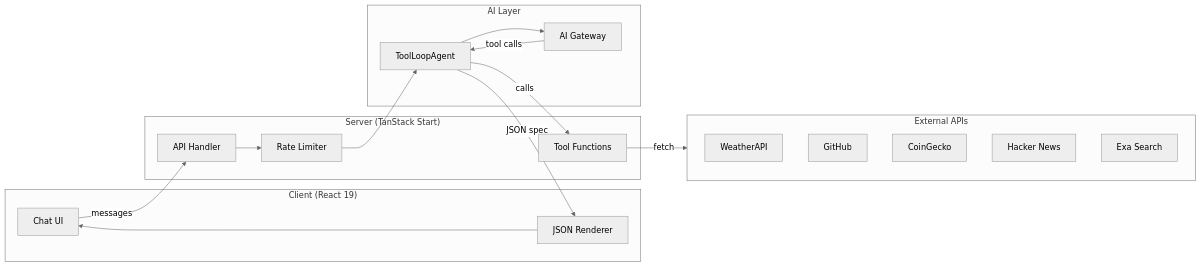
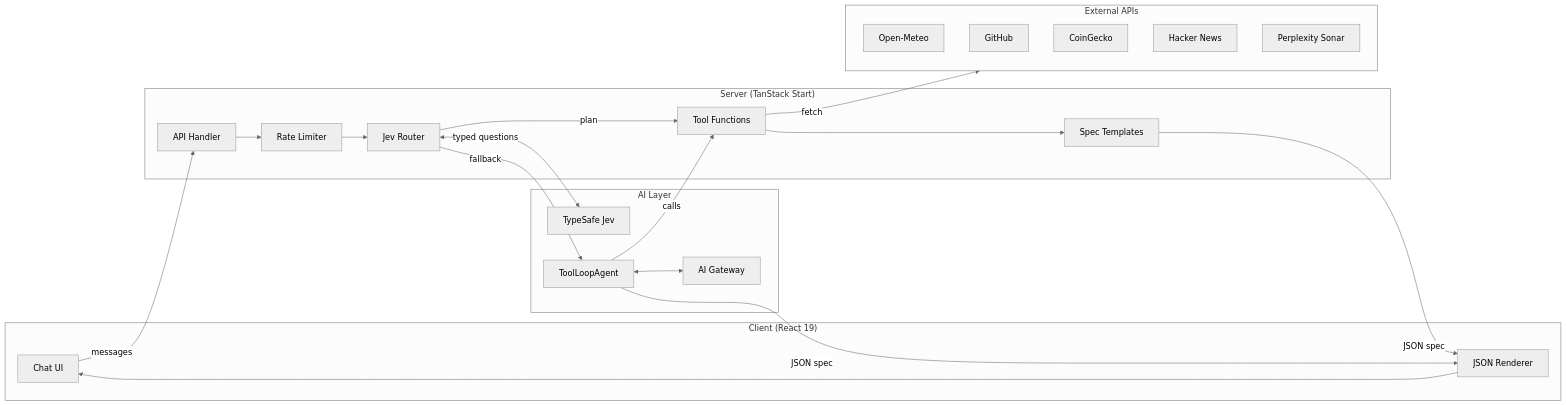
One commit to thaletto/kite changed the diagram in README.md. Above: the diagram before and after it, drawn with Mermaid (neutral theme). The commit also changed other lines of this file, not shown here.

First line of the commit message:
docs: update README for Jev router and current data sources

````diff
--- a/README.md
+++ b/README.md
@@ -7,36 +7,43 @@
 ```mermaid
 flowchart LR
     subgraph Client["Client (React 19)"]
         UI[Chat UI]
         Renderer[JSON Renderer]
     end
 
     subgraph Server["Server (TanStack Start)"]
         API[API Handler]
         RateLimit[Rate Limiter]
+        Router[Jev Router]
+        Templates[Spec Templates]
         Tools[Tool Functions]
     end
 
     subgraph AI["AI Layer"]
+        Jev[TypeSafe Jev]
         Agent[ToolLoopAgent]
         Gateway[AI Gateway]
     end
 
     subgraph External["External APIs"]
-        Weather[WeatherAPI]
+        Weather[Open-Meteo]
         GitHub[GitHub]
         Crypto[CoinGecko]
         HN[Hacker News]
-        Search[Exa Search]
+        Search[Perplexity Sonar]
     end
 
     UI -->|messages| API
     API --> RateLimit
-    RateLimit --> Agent
-    Agent --> Gateway
-    Gateway -->|tool calls| Agent
+    RateLimit --> Router
+    Router <-->|typed questions| Jev
+    Router -->|plan| Tools
+    Tools --> Templates
+    Templates -->|JSON spec| Renderer
+    Router -->|fallback| Agent
+    Agent <--> Gateway
     Agent -->|calls| Tools
     Tools -->|fetch| External
     Agent -->|JSON spec| Renderer
     Renderer --> UI
 ```
````
